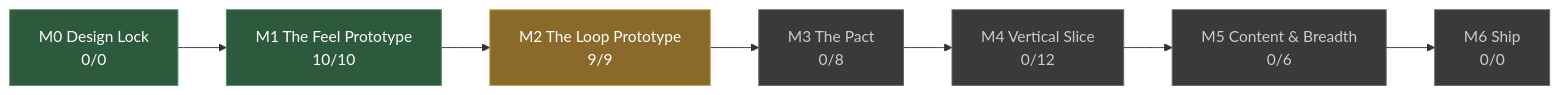
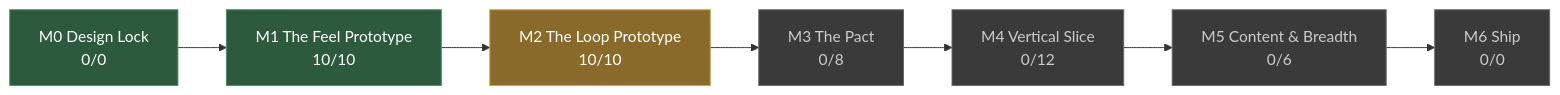
Before and after one commit to JoshuaGessner/she: the diagram in docs/STATUS.md, drawn with Mermaid. The commit also changed other lines of this file and 35 other files, not shown here.

````diff
--- a/docs/STATUS.md
+++ b/docs/STATUS.md
@@ -13,19 +13,19 @@
 ```mermaid
 flowchart LR
   M0["M0 Design Lock<br/>0/0"]:::passed
   M1["M1 The Feel Prototype<br/>10/10"]:::passed
   M0 --> M1
-  M2["M2 The Loop Prototype<br/>9/9"]:::current
+  M2["M2 The Loop Prototype<br/>10/10"]:::current
   M1 --> M2
   M3["M3 The Pact<br/>0/8"]:::ahead
   M2 --> M3
   M4["M4 Vertical Slice<br/>0/12"]:::ahead
   M3 --> M4
   M5["M5 Content & Breadth<br/>0/6"]:::ahead
   M4 --> M5
   M6["M6 Ship<br/>0/0"]:::ahead
   M5 --> M6
   classDef passed fill:#2d5a3d,stroke:#4a8a5f,color:#fff
   classDef current fill:#8a6a2a,stroke:#c8a04a,color:#fff
   classDef ahead fill:#3a3a3a,stroke:#666,color:#ccc
 ```
````
